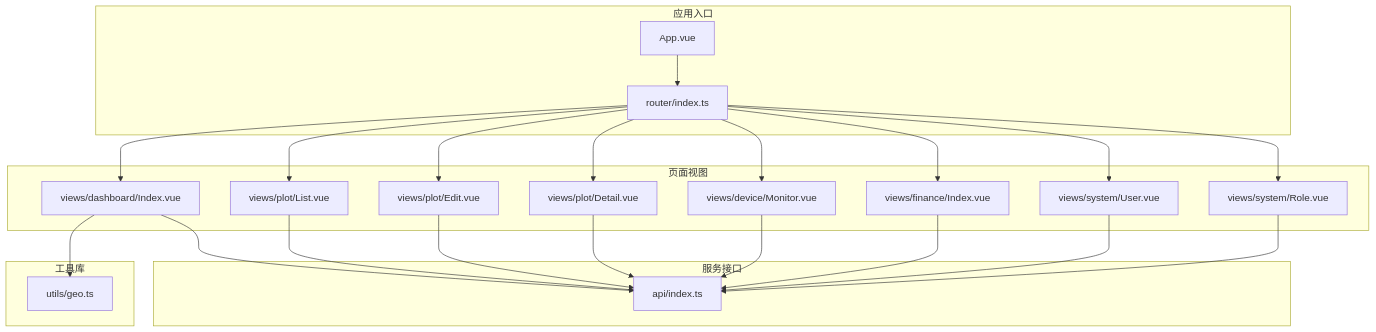
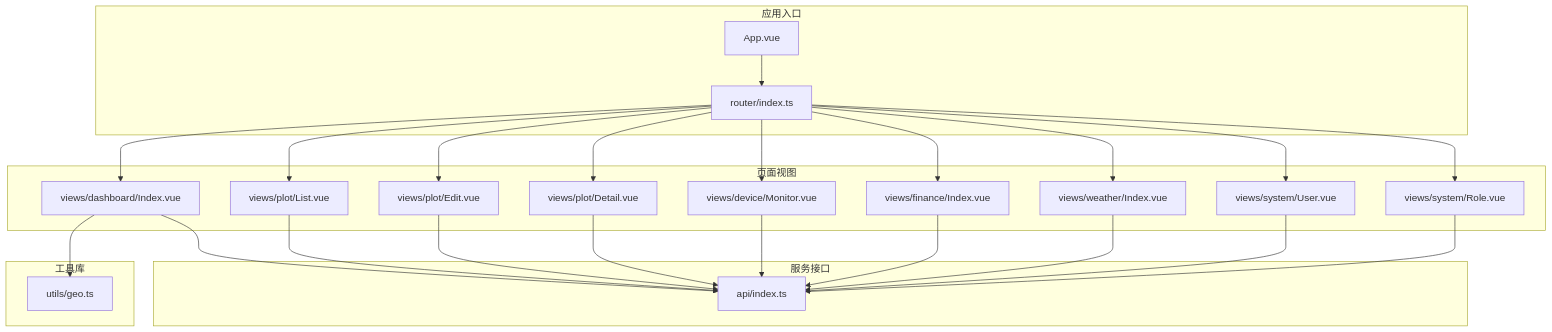
The first of 9 diagrams in .qoder/repowiki/zh/content/前端应用文档/核心页面/核心页面.md (q446328246/agri-platform), drawn with Mermaid before and after one commit. The commit also changed other lines of this file and 40 other files, not shown here.

````diff
--- a/.qoder/repowiki/zh/content/前端应用文档/核心页面/核心页面.md
+++ b/.qoder/repowiki/zh/content/前端应用文档/核心页面/核心页面.md
@@ -42,41 +51,44 @@
 ```mermaid
 graph TB
 subgraph "应用入口"
 App["App.vue"]
 Router["router/index.ts"]
 end
 subgraph "页面视图"
 Dashboard["views/dashboard/Index.vue"]
 PlotList["views/plot/List.vue"]
 PlotEdit["views/plot/Edit.vue"]
 PlotDetail["views/plot/Detail.vue"]
 DeviceMonitor["views/device/Monitor.vue"]
 FinanceIndex["views/finance/Index.vue"]
+WeatherIndex["views/weather/Index.vue"]
 SystemUser["views/system/User.vue"]
 SystemRole["views/system/Role.vue"]
 end
 subgraph "服务接口"
 API["api/index.ts"]
 end
 subgraph "工具库"
 Geo["utils/geo.ts"]
 end
 App --> Router
 Router --> Dashboard
 Router --> PlotList
 Router --> PlotEdit
 Router --> PlotDetail
 Router --> DeviceMonitor
 Router --> FinanceIndex
+Router --> WeatherIndex
 Router --> SystemUser
 Router --> SystemRole
 Dashboard --> API
 PlotList --> API
 PlotEdit --> API
 PlotDetail --> API
 DeviceMonitor --> API
 FinanceIndex --> API
+WeatherIndex --> API
 SystemUser --> API
 SystemRole --> API
 Dashboard --> Geo
 ```
````
